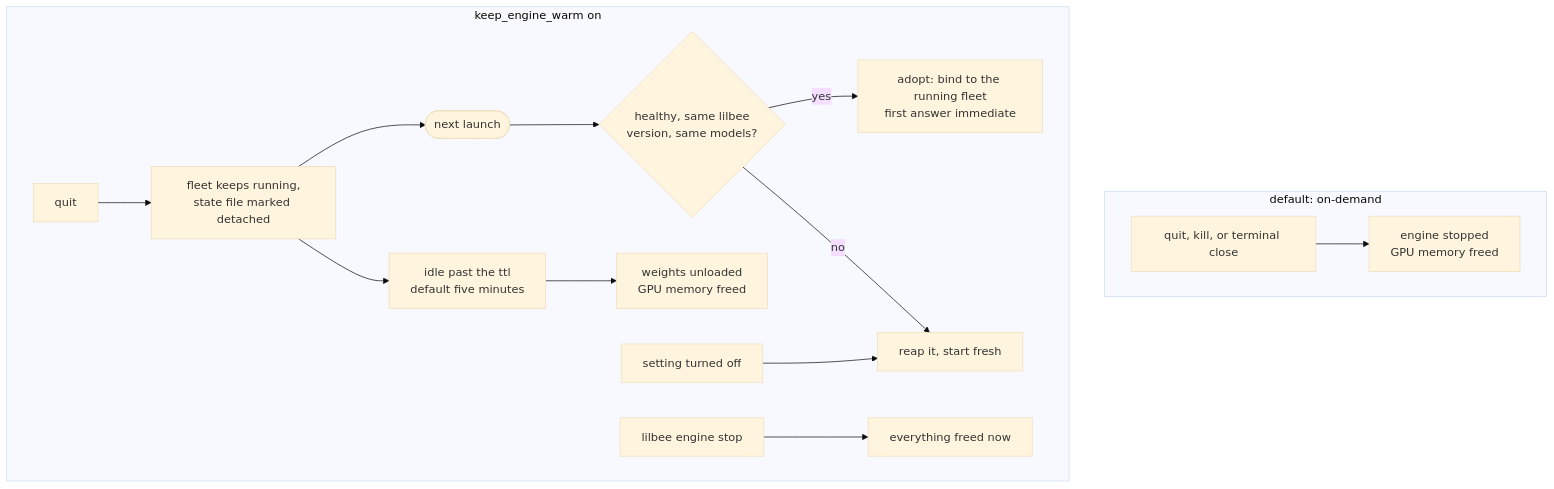
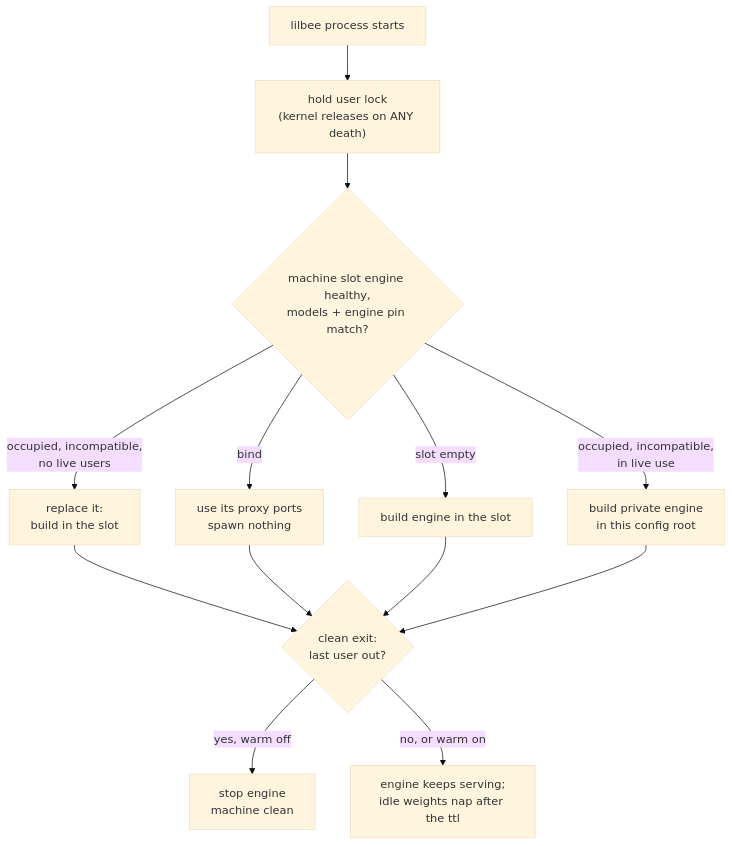
The eighth of 11 diagrams in docs/architecture.md (tobocop2/lilbee), drawn with Mermaid (base theme) before and after one commit. The commit also changed other lines of this file and 70 other files, not shown here.

First line of the commit message:
Share one inference engine across lilbee processes

````diff
--- a/docs/architecture.md
+++ b/docs/architecture.md
@@ -597,15 +648,15 @@
 ```mermaid
 flowchart TD
-    subgraph OFF ["default: on-demand"]
-        q1["quit, kill, or terminal close"] --> s1["engine stopped<br/>GPU memory freed"]
-    end
-    subgraph ON ["keep_engine_warm on"]
-        q2[quit] --> d["fleet keeps running,<br/>state file marked detached"]
-        d --> l2([next launch]) --> ok{"healthy, same lilbee<br/>version, same models?"}
-        ok -- yes --> a["adopt: bind to the running fleet<br/>first answer immediate"]
-        ok -- no --> r["reap it, start fresh"]
-        d --> i["idle past the ttl<br/>default five minutes"] --> u["weights unloaded<br/>GPU memory freed"]
-        t["setting turned off"] --> r
-        e["lilbee engine stop"] --> s2["everything freed now"]
-    end
+    S["lilbee process starts"] --> L["hold user lock<br/>(kernel releases on ANY death)"]
+    L --> Q{"machine slot engine healthy,<br/>models + engine pin match?"}
+    Q -- bind --> B["use its proxy ports<br/>spawn nothing"]
+    Q -- "slot empty" --> BU["build engine in the slot"]
+    Q -- "occupied, incompatible,<br/>in live use" --> PR["build private engine<br/>in this config root"]
+    Q -- "occupied, incompatible,<br/>no live users" --> RP["replace it:<br/>build in the slot"]
+    RP --> X
+    B --> X{"clean exit:<br/>last user out?"}
+    BU --> X
+    PR --> X
+    X -- "yes, warm off" --> STOP["stop engine<br/>machine clean"]
+    X -- "no, or warm on" --> LEAVE["engine keeps serving;<br/>idle weights nap after the ttl"]
 ```
````
